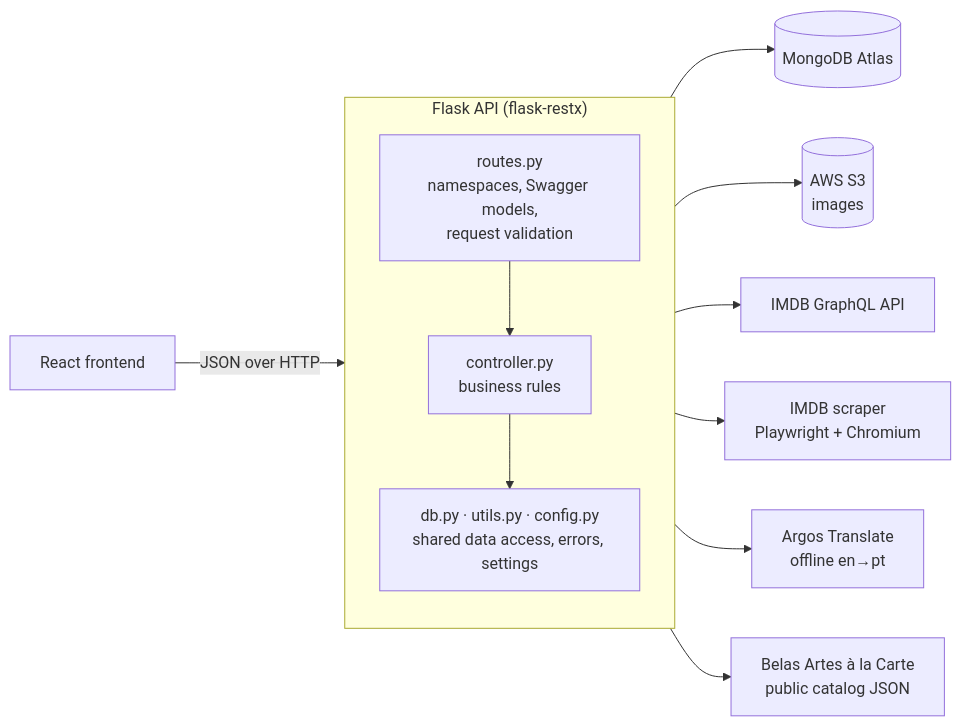
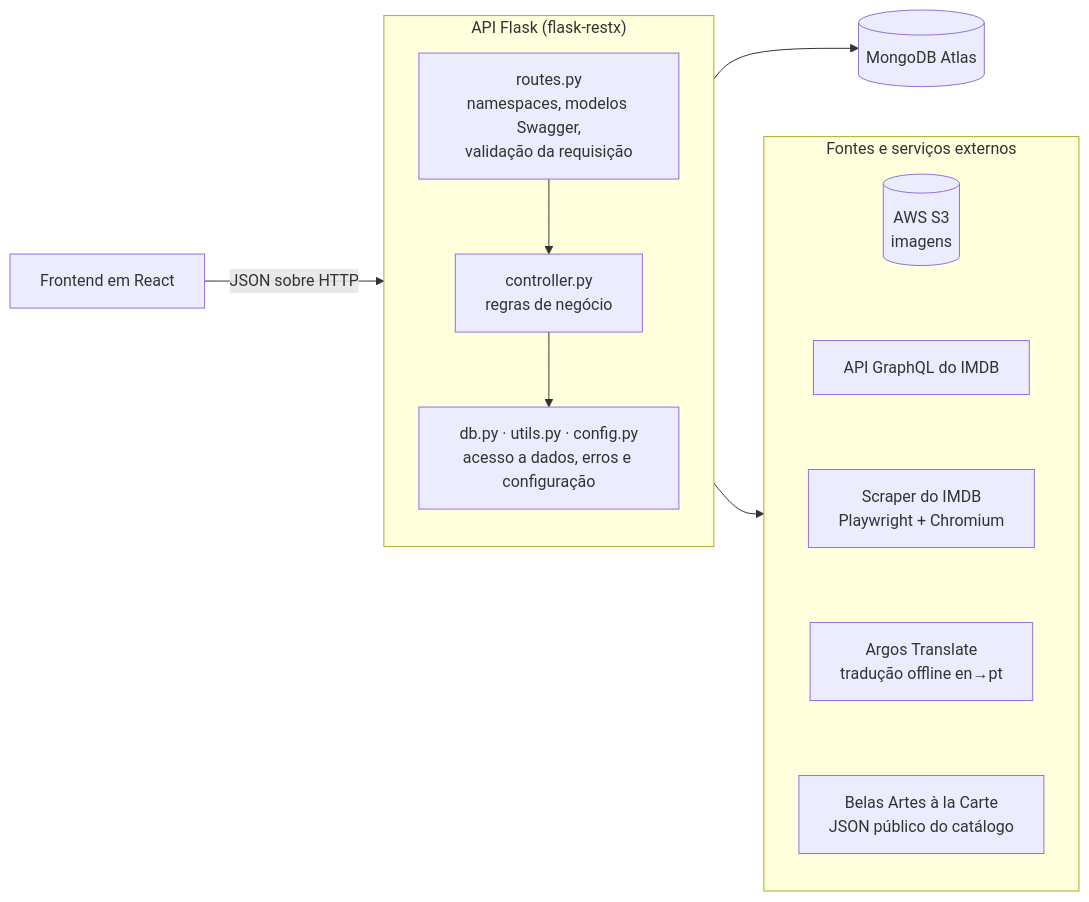
Before and after one commit to francisdiasbr/movie-search-backend: the diagram in README.md, drawn with Mermaid. The commit also changed other lines of this file and 3 other files, not shown here.

````diff
--- a/README.md
+++ b/README.md
@@ -24,19 +32,25 @@
 ```mermaid
 flowchart LR
-    client["React frontend"] -->|"JSON over HTTP"| api
+    client["Frontend em React"] -->|"JSON sobre HTTP"| api
 
-    subgraph api["Flask API (flask-restx)"]
+    subgraph api["API Flask (flask-restx)"]
         direction TB
-        routes["routes.py<br/>namespaces, Swagger models,<br/>request validation"]
-        controllers["controller.py<br/>business rules"]
-        shared["db.py · utils.py · config.py<br/>shared data access, errors, settings"]
+        routes["routes.py<br/>namespaces, modelos Swagger,<br/>validação da requisição"]
+        controllers["controller.py<br/>regras de negócio"]
+        shared["db.py · utils.py · config.py<br/>acesso a dados, erros e configuração"]
         routes --> controllers --> shared
     end
 
-    shared --> mongo[("MongoDB Atlas")]
-    controllers --> s3[("AWS S3<br/>images")]
-    controllers --> graphql["IMDB GraphQL API"]
-    controllers --> scraper["IMDB scraper<br/>Playwright + Chromium"]
-    controllers --> argos["Argos Translate<br/>offline en→pt"]
-    controllers --> belas["Belas Artes à la Carte<br/>public catalog JSON"]
+    subgraph ext["Fontes e serviços externos"]
+        direction TB
+        s3[("AWS S3<br/>imagens")]
+        graphql["API GraphQL do IMDB"]
+        scraper["Scraper do IMDB<br/>Playwright + Chromium"]
+        argos["Argos Translate<br/>tradução offline en→pt"]
+        belas["Belas Artes à la Carte<br/>JSON público do catálogo"]
+        s3 ~~~ graphql ~~~ scraper ~~~ argos ~~~ belas
+    end
+
+    api --> mongo[("MongoDB Atlas")]
+    api --> ext
 ```
````
